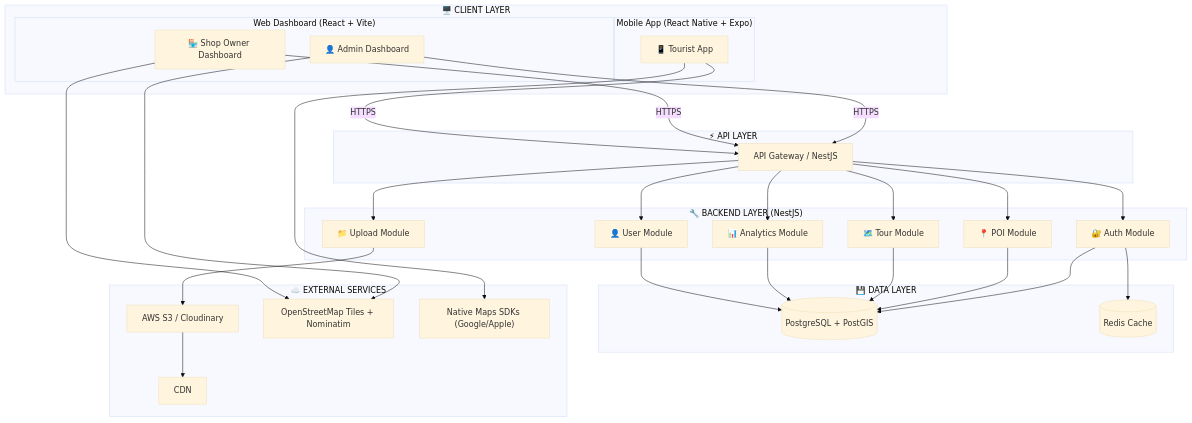
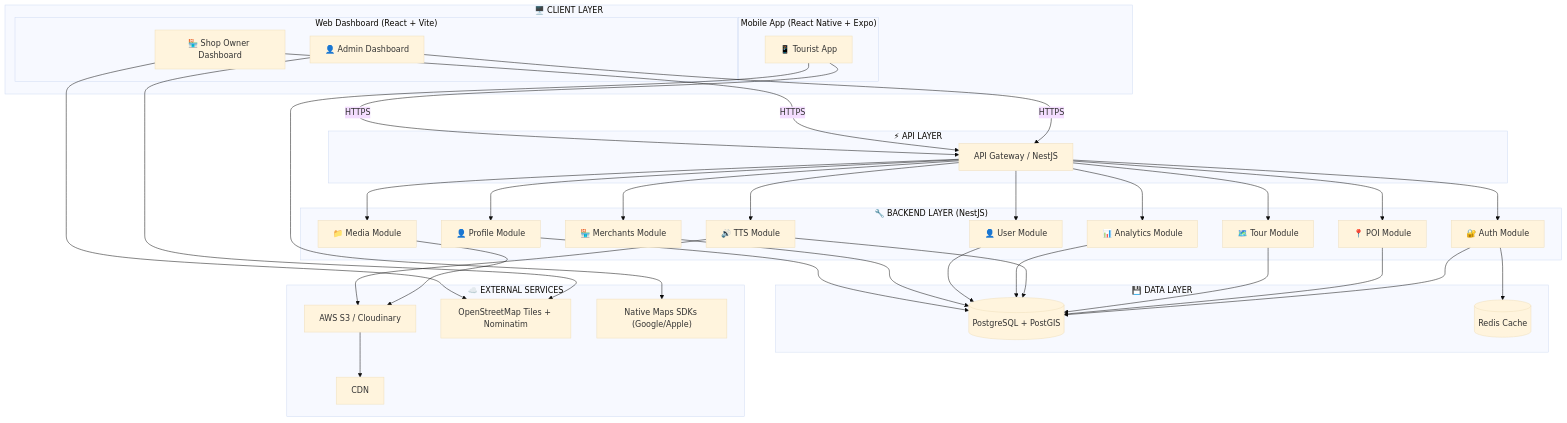
The first of 7 diagrams in docs/step3_prd/17_component_diagram.md (Ttuandatt/Seminar), drawn with Mermaid (base theme) before and after one commit. The commit also changed other lines of this file and 7 other files, not shown here.

````diff
--- a/docs/step3_prd/17_component_diagram.md
+++ b/docs/step3_prd/17_component_diagram.md
@@ -12,61 +12,71 @@
 ```mermaid
 graph TB
     subgraph Client["🖥️ CLIENT LAYER"]
         subgraph Web["Web Dashboard (React + Vite)"]
             AdminUI["👤 Admin Dashboard"]
             ShopUI["🏪 Shop Owner Dashboard"]
         end
         subgraph Mobile["Mobile App (React Native + Expo)"]
             TouristApp["📱 Tourist App"]
         end
     end
 
     subgraph API["⚡ API LAYER"]
         Gateway["API Gateway / NestJS"]
     end
 
     subgraph Backend["🔧 BACKEND LAYER (NestJS)"]
         AuthModule["🔐 Auth Module"]
         POIModule["📍 POI Module"]
         TourModule["🗺️ Tour Module"]
-        UploadModule["📁 Upload Module"]
+        MediaModule["📁 Media Module"]
+        TtsModule["🔊 TTS Module"]
         AnalyticsModule["📊 Analytics Module"]
         UserModule["👤 User Module"]
+        MerchantsModule["🏪 Merchants Module"]
+        ProfileModule["👤 Profile Module"]
     end
 
     subgraph Data["💾 DATA LAYER"]
         DB[("PostgreSQL + PostGIS")]
         Cache[("Redis Cache")]
     end
 
     subgraph External["☁️ EXTERNAL SERVICES"]
         S3["AWS S3 / Cloudinary"]
         OSM["OpenStreetMap Tiles + Nominatim"]
         NativeMaps["Native Maps SDKs (Google/Apple)"]
         CDN["CDN"]
     end
 
     AdminUI -->|HTTPS| Gateway
     ShopUI -->|HTTPS| Gateway
     TouristApp -->|HTTPS| Gateway
 
     Gateway --> AuthModule
     Gateway --> POIModule
     Gateway --> TourModule
-    Gateway --> UploadModule
+    Gateway --> MediaModule
+    Gateway --> TtsModule
     Gateway --> AnalyticsModule
     Gateway --> UserModule
+    Gateway --> MerchantsModule
+    Gateway --> ProfileModule
 
     AuthModule --> DB
     AuthModule --> Cache
     POIModule --> DB
     TourModule --> DB
-    UploadModule --> S3
+    MediaModule --> S3
+    TtsModule --> DB
+    TtsModule --> S3
     AnalyticsModule --> DB
     UserModule --> DB
+    MerchantsModule --> DB
+    ProfileModule --> DB
 
     TouristApp --> NativeMaps
     AdminUI --> OSM
     ShopUI --> OSM
     S3 --> CDN
 ```
````
